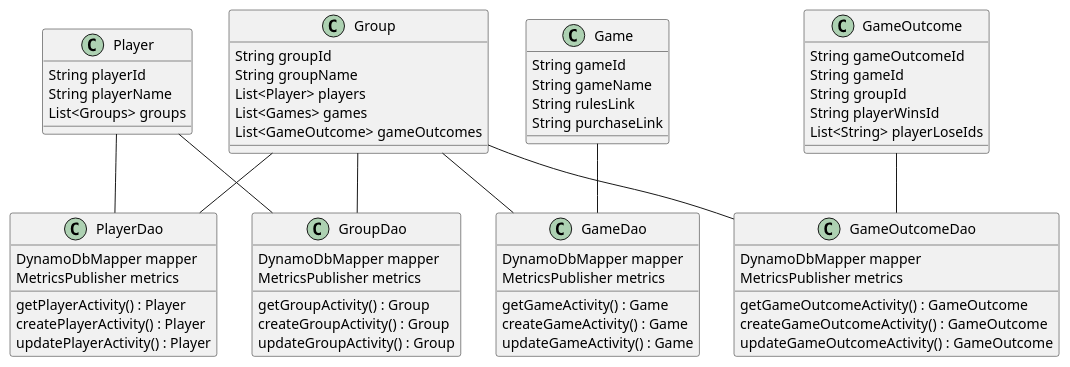
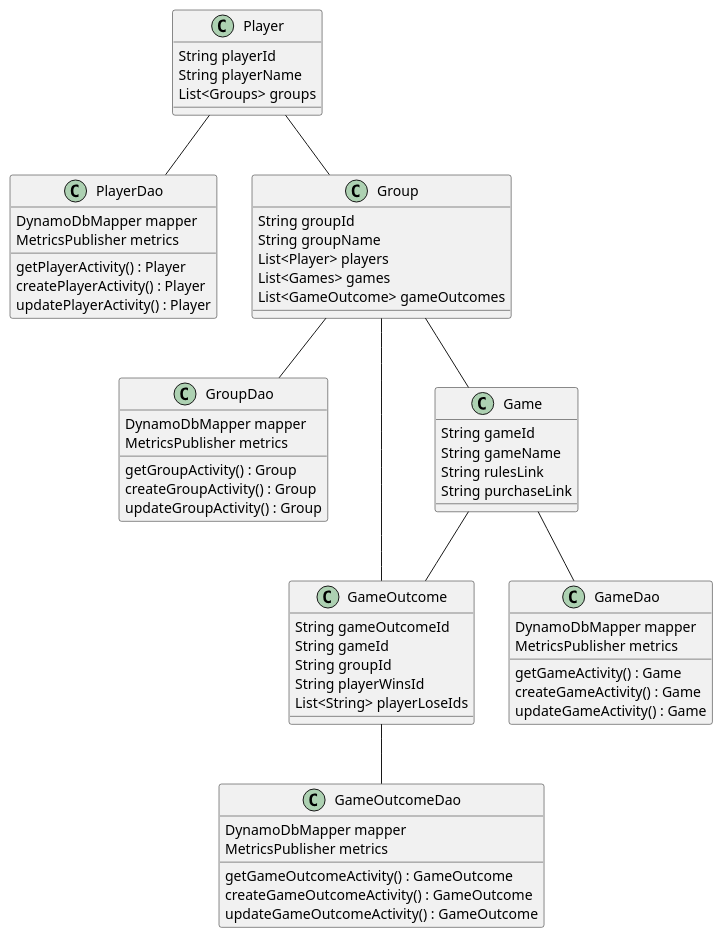
One commit to MattyOBar/GameBoard changed the diagram in GameBoardCD.puml. Above: the diagram before and after it, drawn with PlantUML.

Commit message:
puml updates

```diff
--- a/GameBoardCD.puml
+++ b/GameBoardCD.puml
@@ -1,72 +1,72 @@
 @startuml
 
 Player -- PlayerDao
-Player -- GroupDao
+Player -- Group
 Group -- GroupDao
-Group -- GameDao
-Group -- PlayerDao
-Group -- GameOutcomeDao
+Group -- Game
+Group -- GameOutcome
 Game -- GameDao
+Game -- GameOutcome
 GameOutcome -- GameOutcomeDao
 
 class Player {
 String playerId
 String playerName
 List<Groups> groups
 }
 
 class Group {
 String groupId
 String groupName
 List<Player> players
 List<Games> games
 List<GameOutcome> gameOutcomes
 }
 
 class Game {
 String gameId
 String gameName
 String rulesLink
 String purchaseLink
 }
 
 class GameOutcome {
 String gameOutcomeId
 String gameId
 String groupId
 String playerWinsId
 List<String> playerLoseIds
 }
 
 class PlayerDao {
 DynamoDbMapper mapper
 MetricsPublisher metrics
 getPlayerActivity() : Player
 createPlayerActivity() : Player
 updatePlayerActivity() : Player
 }
 
 class GroupDao {
 DynamoDbMapper mapper
 MetricsPublisher metrics
 getGroupActivity() : Group
 createGroupActivity() : Group
 updateGroupActivity() : Group
 }
 
 class GameDao {
 DynamoDbMapper mapper
 MetricsPublisher metrics
 getGameActivity() : Game
 createGameActivity() : Game
 updateGameActivity() : Game
 }
 
 class GameOutcomeDao {
 DynamoDbMapper mapper
 MetricsPublisher metrics
 getGameOutcomeActivity() : GameOutcome
 createGameOutcomeActivity() : GameOutcome
 updateGameOutcomeActivity() : GameOutcome
 }
 @enduml
```
